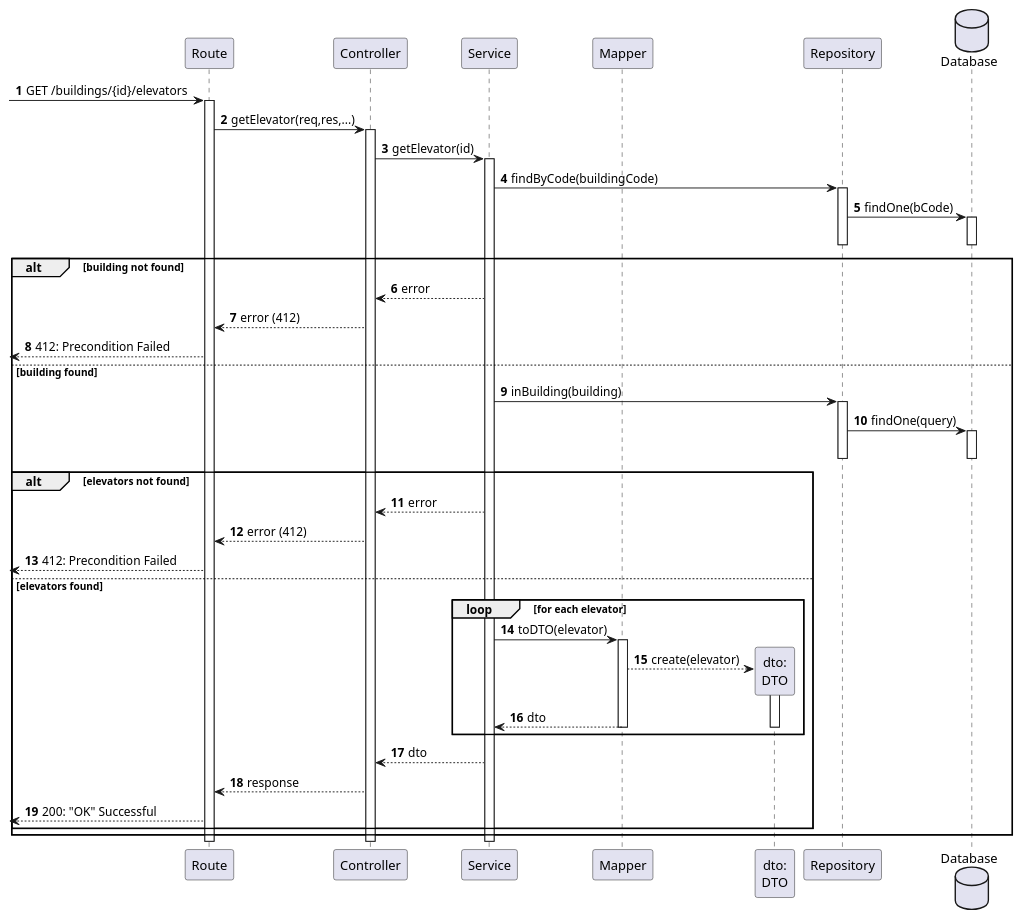
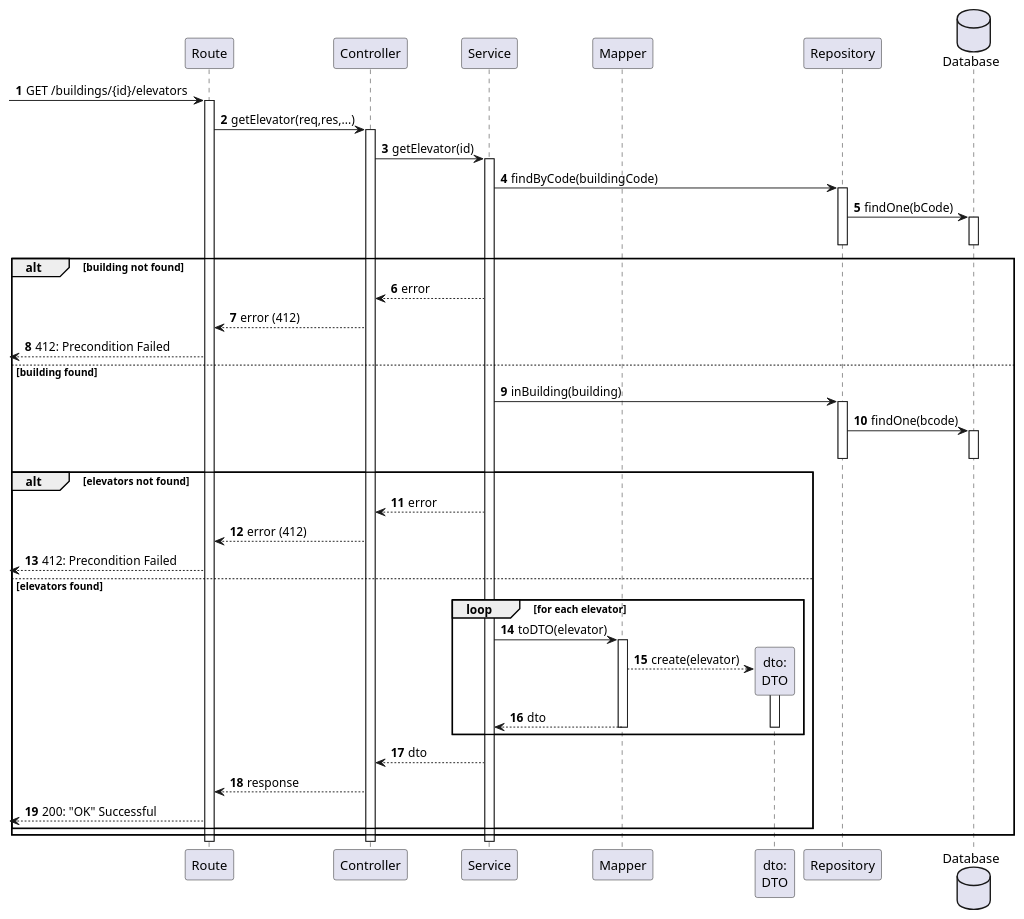
One commit to Departamento-de-Engenharia-Informatica/lapr5-23-24-g19 changed the diagram in docs/us290/level3/process-view.puml. Above: the diagram before and after it, drawn with PlantUML. The commit also changed 7 other files, not shown here.

```diff
--- a/docs/us290/level3/process-view.puml
+++ b/docs/us290/level3/process-view.puml
@@ -1,69 +1,69 @@
 @startuml
 autonumber
 
 
 participant "Route" as r
 participant "Controller" as ctrl
 participant "Service" as svc
 
 
 participant "Mapper" as map
 participant "dto:\nDTO" as dto
 participant "Repository" as repo
 database "Database" as db
 
 
 [-> r : GET /buildings/{id}/elevators
     activate r
         r -> ctrl : getElevator(req,res,...)
         activate ctrl
             ctrl -> svc : getElevator(id)
             activate svc
                 svc -> repo : findByCode(buildingCode)
                 activate repo
                     repo -> db : findOne(bCode)
                     activate db
                     deactivate db
                 deactivate repo
 
                 alt building not found
                     svc --> ctrl : error
                     ctrl --> r : error (412)
                      [<-- r : 412: Precondition Failed
                 else building found
 
                     svc -> repo: inBuilding(building)
                     activate repo
-                        repo -> db : findOne(query)
+                        repo -> db : findOne(bcode)
                         activate db
                         deactivate db
                     deactivate repo
 
                     alt elevators not found
                         svc --> ctrl : error
                         ctrl --> r : error (412)
                          [<-- r : 412: Precondition Failed
 
                     else elevators found
 
                         loop for each elevator
 
                                 svc -> map : toDTO(elevator)
                             activate map
                                 map --> dto** : create(elevator)
                                 activate dto
                                     map --> svc : dto
                                 deactivate dto
                             deactivate map
                         end loop
                             svc --> ctrl : dto
                             ctrl --> r : response
                              [<-- r : 200: "OK" Successful
 
                     end
                 end
             deactivate svc
         deactivate ctrl
     deactivate r
 
 @enduml
```
